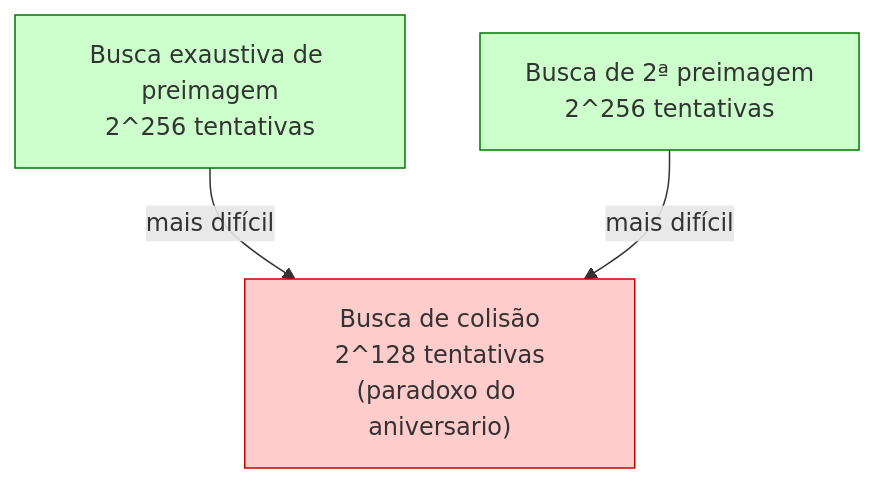
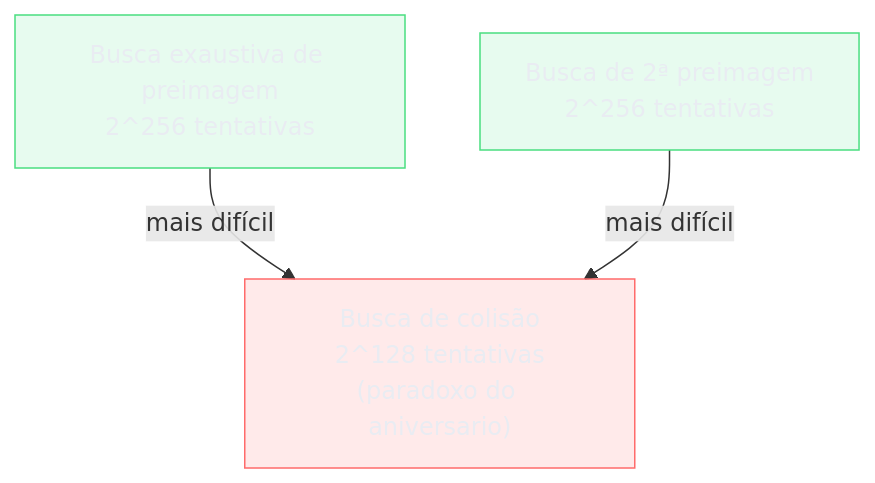
One commit to josenaldo/codex-technomanticus changed the second of 6 diagrams in 03-Dominios/Engenharia/Segurança/06 - Hashing criptográfico.md. Above: the diagram before and after it, drawn with Mermaid. The commit also changed 1181 other files, not shown here.

First line of the commit message:
fix(diagramas): paleta do sistema no lugar de cor cravada no markdown

````diff
--- a/03-Dominios/Engenharia/Segurança/06 - Hashing criptográfico.md
+++ b/03-Dominios/Engenharia/Segurança/06 - Hashing criptográfico.md
@@ -89,9 +89,11 @@
 ```mermaid
 graph TD
+    classDef falha fill:#FF6B6B24,stroke:#FF6B6B,color:#E9ECF2
+    classDef ok fill:#4ADE8021,stroke:#4ADE80,color:#E9ECF2
     P["Busca exaustiva de preimagem\n2^256 tentativas"] -->|"mais difícil"| C
     P2["Busca de 2ª preimagem\n2^256 tentativas"] -->|"mais difícil"| C
     C["Busca de colisão\n2^128 tentativas\n(paradoxo do aniversario)"]
-    style C fill:#ffcccc,stroke:#cc0000
-    style P fill:#ccffcc,stroke:#007700
-    style P2 fill:#ccffcc,stroke:#007700
+    class C falha
+    class P ok
+    class P2 ok
 ```
````
